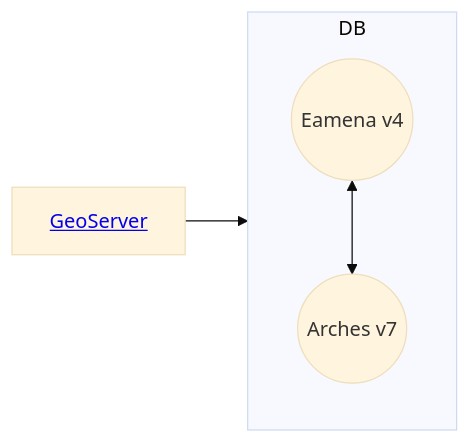
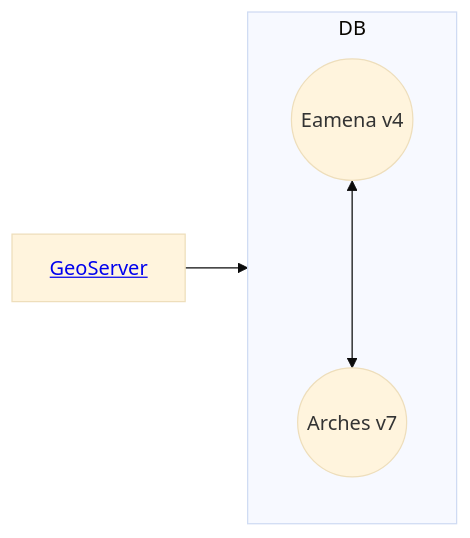
Before and after one commit to eamena-project/eamena-arches-dev: the first of 2 diagrams in training/README.md, drawn with Mermaid (base theme).

Commit message:
by theme

````diff
--- a/training/README.md
+++ b/training/README.md
@@ -10,7 +10,7 @@
 ```mermaid
 flowchart LR
   subgraph DB
-  id1((Eamena v4))<-->id2((Arches v7));
+  id1((Eamena v4))<--->id2((Arches v7));
   end
   id3[<a href='https://github.com/eamena-project/eamena-arches-dev/tree/main/geoserver'>GeoServer</a>]-->DB;
 ```
````
